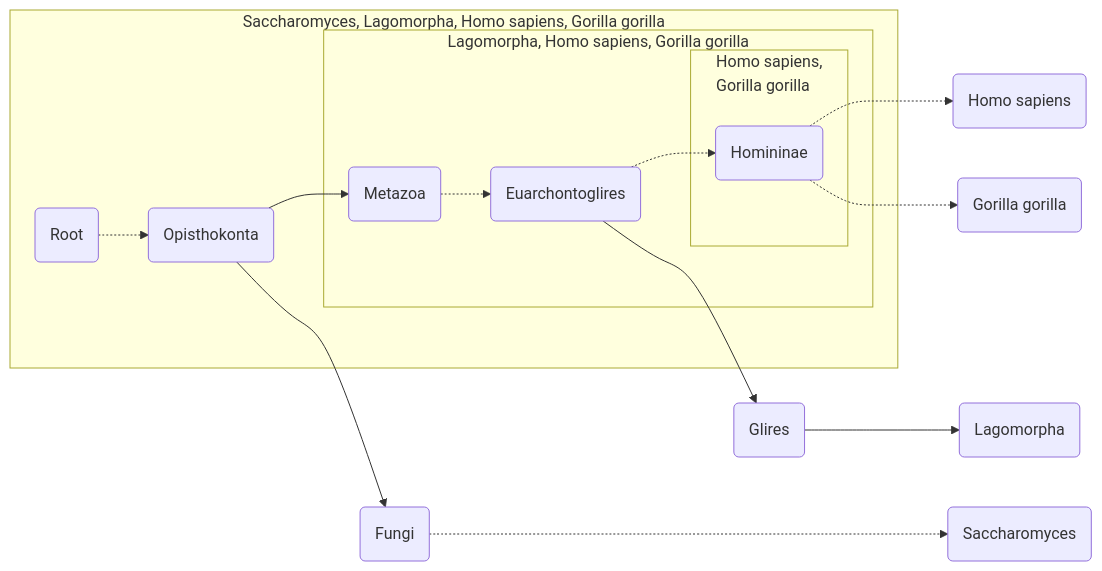
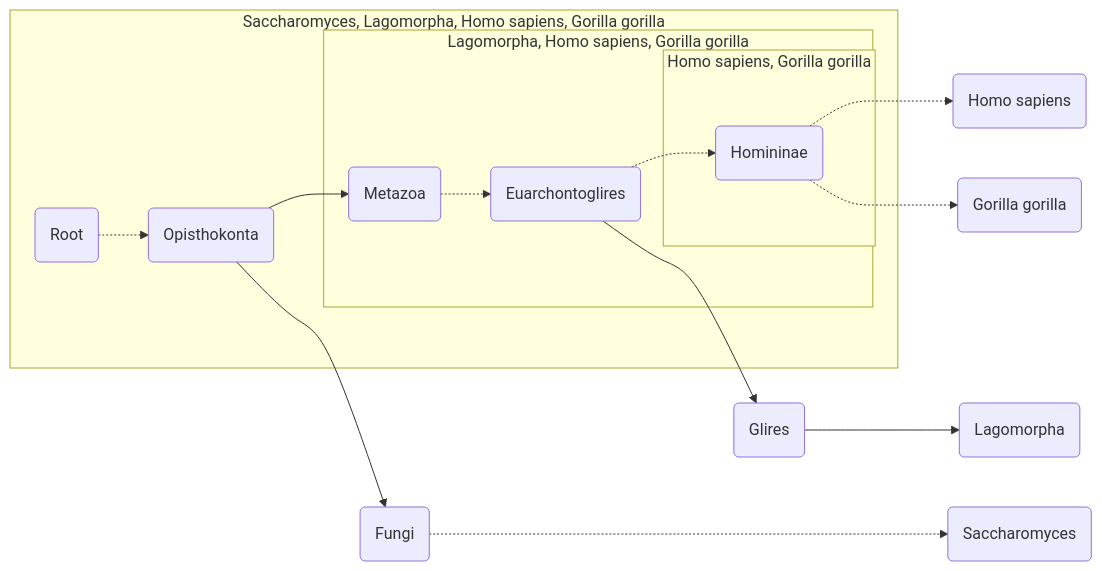
The third of 3 diagrams in docs/guide.md (apcamargo/taxopy), drawn with Mermaid before and after one commit. The commit also changed other lines of this file and 5 other files, not shown here.

````diff
--- a/docs/guide.md
+++ b/docs/guide.md
@@ -188,18 +188,18 @@
 ```mermaid
 graph LR
     subgraph cluster1 ["Saccharomyces, Lagomorpha, Homo sapiens, Gorilla gorilla"]
         R(Root) -.-> O(Opisthokonta) --> M(Metazoa)
         subgraph cluster2 ["Lagomorpha, Homo sapiens, Gorilla gorilla"]
             M -.-> E(Euarchontoglires)
             E -.-> HN(Homininae)
-            subgraph cluster3 ["Homo sapiens,\nGorilla gorilla"]
+            subgraph cluster3 ["Homo sapiens, Gorilla gorilla"]
                 HN
             end
         end
     end
     HN -.-> H(Homo sapiens)
     HN -.-> GG(Gorilla gorilla)
     E --> G(Glires)
     G --> L(Lagomorpha)
     O --> F(Fungi) -...-> S(Saccharomyces)
 ```
````
